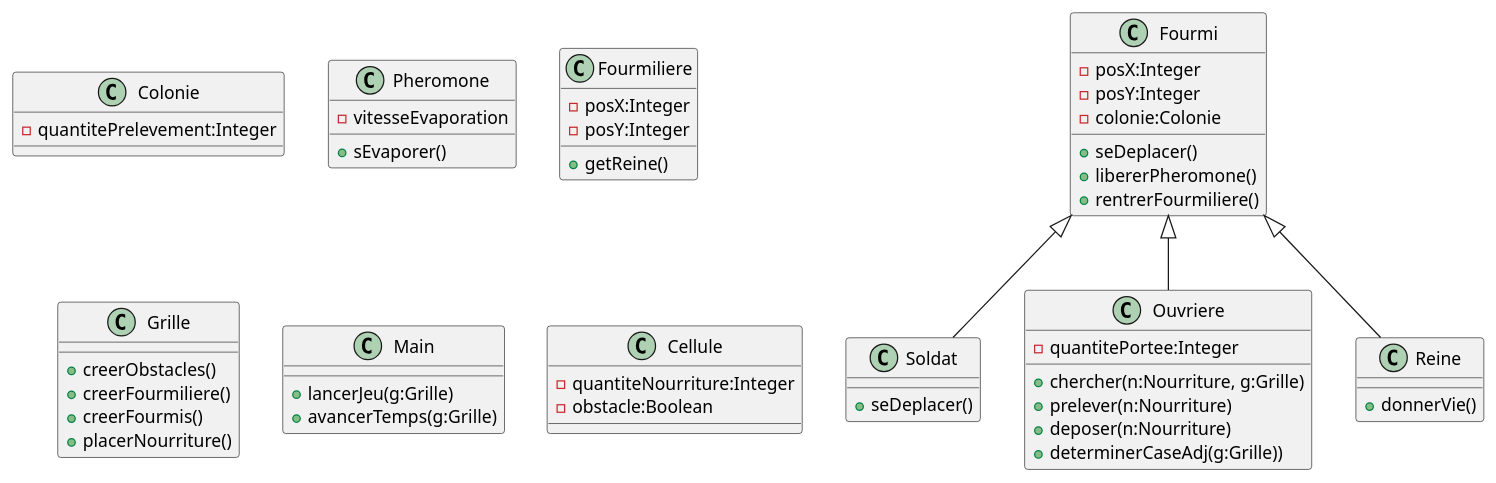
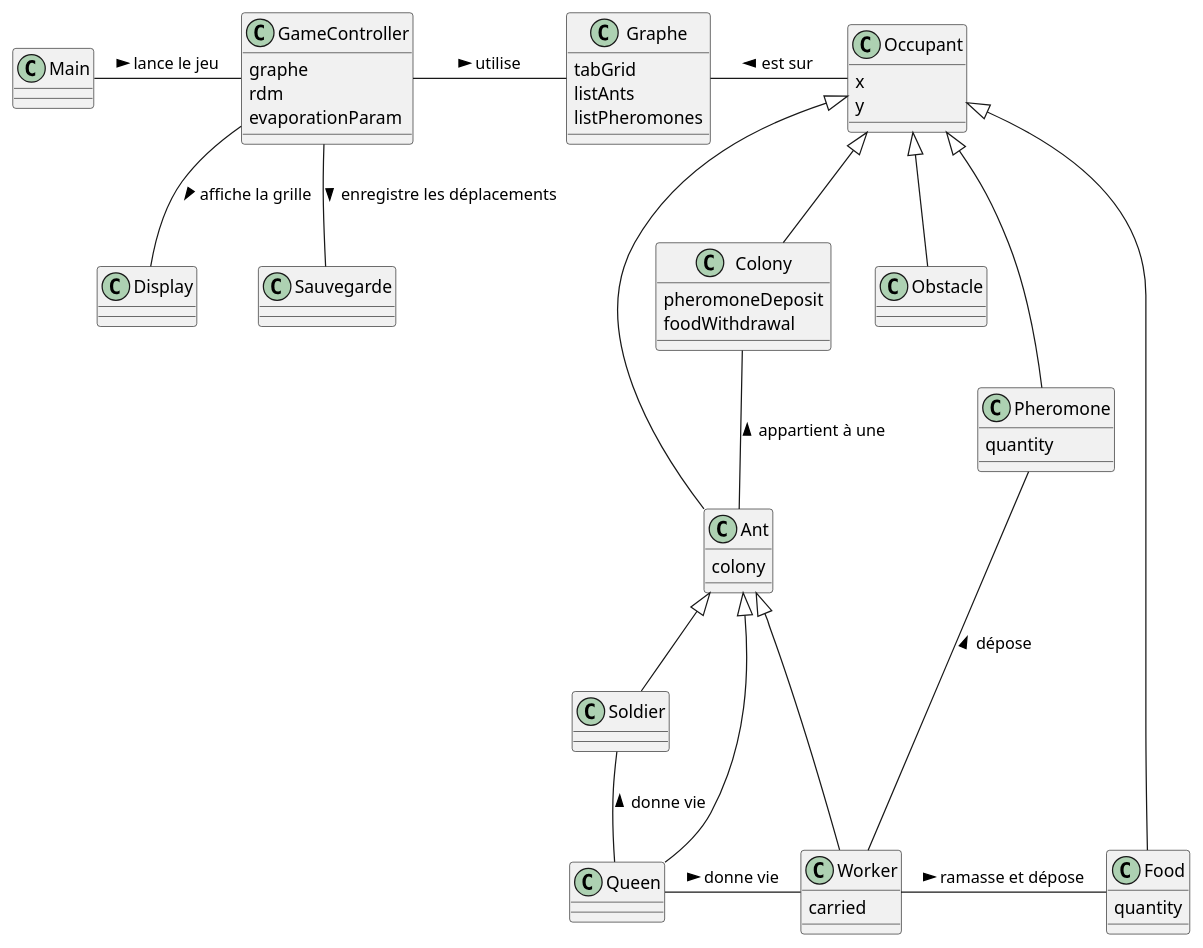
Before and after one commit to BaptisteWetterwald/dut-fourmis: the diagram in src/main/uml/v2/DCa v2.puml, drawn with PlantUML. The commit also changed 4 other files, not shown here.

```diff
--- a/src/main/uml/v2/DCa v2.puml
+++ b/src/main/uml/v2/DCa v2.puml
@@ -1,72 +1,87 @@
 @startuml
 'https://plantuml.com/class-diagram
 
-class Fourmi
+class Ant extends Occupant
 {
-    +seDeplacer()
-    +libererPheromone()
-    +rentrerFourmiliere()
-    -posX:Integer
-    -posY:Integer
-    -colonie:Colonie
+    colony
 }
 
-class Colonie
+class Colony extends Occupant
 {
-    -quantitePrelevement:Integer
+    pheromoneDeposit
+    foodWithdrawal
 }
 
-class Pheromone
+class Display
 {
-    -vitesseEvaporation
-    +sEvaporer()
+
 }
 
-class Fourmiliere
+class Food extends Occupant
 {
-    -posX:Integer
-    -posY:Integer
-    +getReine()
+    quantity
 }
 
-class Soldat extends Fourmi
+class GameController
 {
-    +seDeplacer()
+    graphe
+    rdm
+    evaporationParam
 }
 
-class Ouvriere extends Fourmi
+class Graphe
 {
-    -quantitePortee:Integer
-    +chercher(n:Nourriture, g:Grille)
-    +prelever(n:Nourriture)
-    +deposer(n:Nourriture)
-    +determinerCaseAdj(g:Grille))
-}
-
-class Reine extends Fourmi
-{
-    +donnerVie()
-}
-
-class Grille
-{
-    +creerObstacles()
-    +creerFourmiliere()
-    +creerFourmis()
-    +placerNourriture()
+    tabGrid
+    listAnts
+    listPheromones
 }
 
 class Main
 {
-    +lancerJeu(g:Grille)
-    +avancerTemps(g:Grille)
 }
 
-class Cellule
+class Obstacle extends Occupant
 {
-    -quantiteNourriture:Integer
-    -obstacle:Boolean
 }
+
+class Occupant
+{
+    x
+    y
+}
+
+class Pheromone extends Occupant
+{
+    quantity
+}
+
+class Queen extends Ant
+{
+}
+
+class Sauvegarde
+{
+}
+
+class Soldier extends Ant
+{
+}
+
+class Worker extends Ant
+{
+    carried
+}
+
+Main - GameController : lance le jeu >
+GameController - Graphe : utilise >
+Graphe - Occupant : est sur <
+Ant -up- Colony : appartient à une >
+Queen -up- Soldier : donne vie >
+Queen - Worker : donne vie >
+Worker - Food : ramasse et dépose >
+Worker -up- Pheromone : dépose >
+GameController -- Display : affiche la grille >
+GameController -- Sauvegarde : enregistre les déplacements >
 
 
 @enduml
```
